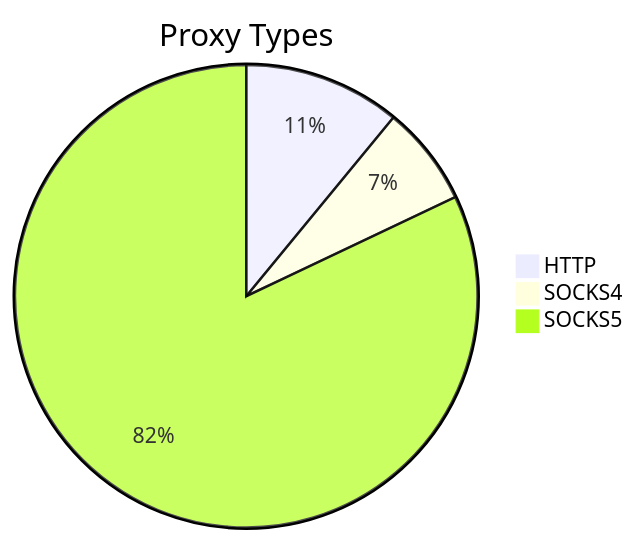
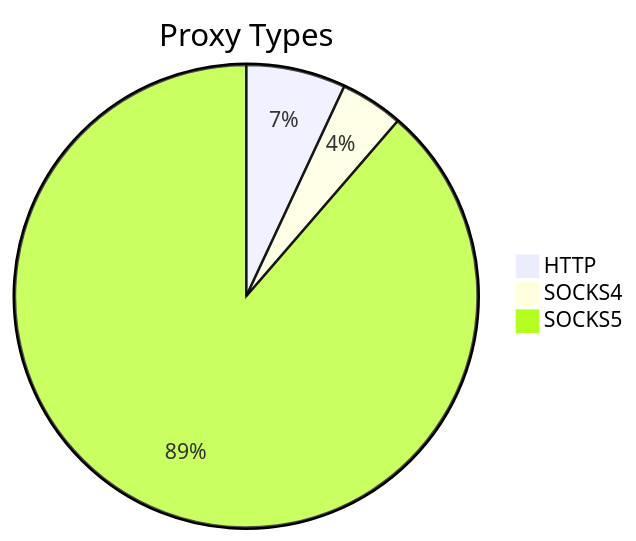
One commit to stormsia/proxy-list changed the first of 2 diagrams in README.md. Above: the diagram before and after it, drawn with Mermaid. The commit also changed other lines of this file, not shown here.

````diff
--- a/README.md
+++ b/README.md
@@ -21,6 +21,6 @@
 ```mermaid
 pie title Proxy Types
-    "HTTP" : 204
-    "SOCKS4" : 130
-    "SOCKS5" : 1527
+    "HTTP" : 76
+    "SOCKS4" : 48
+    "SOCKS5" : 969
 ```
````
